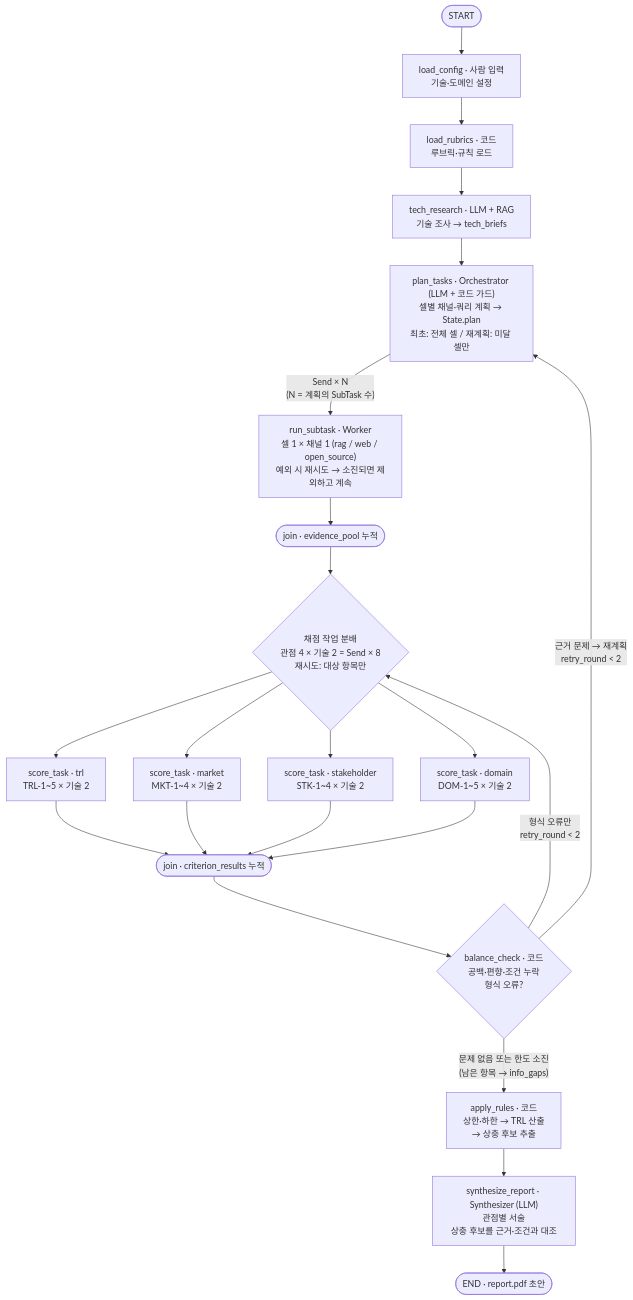
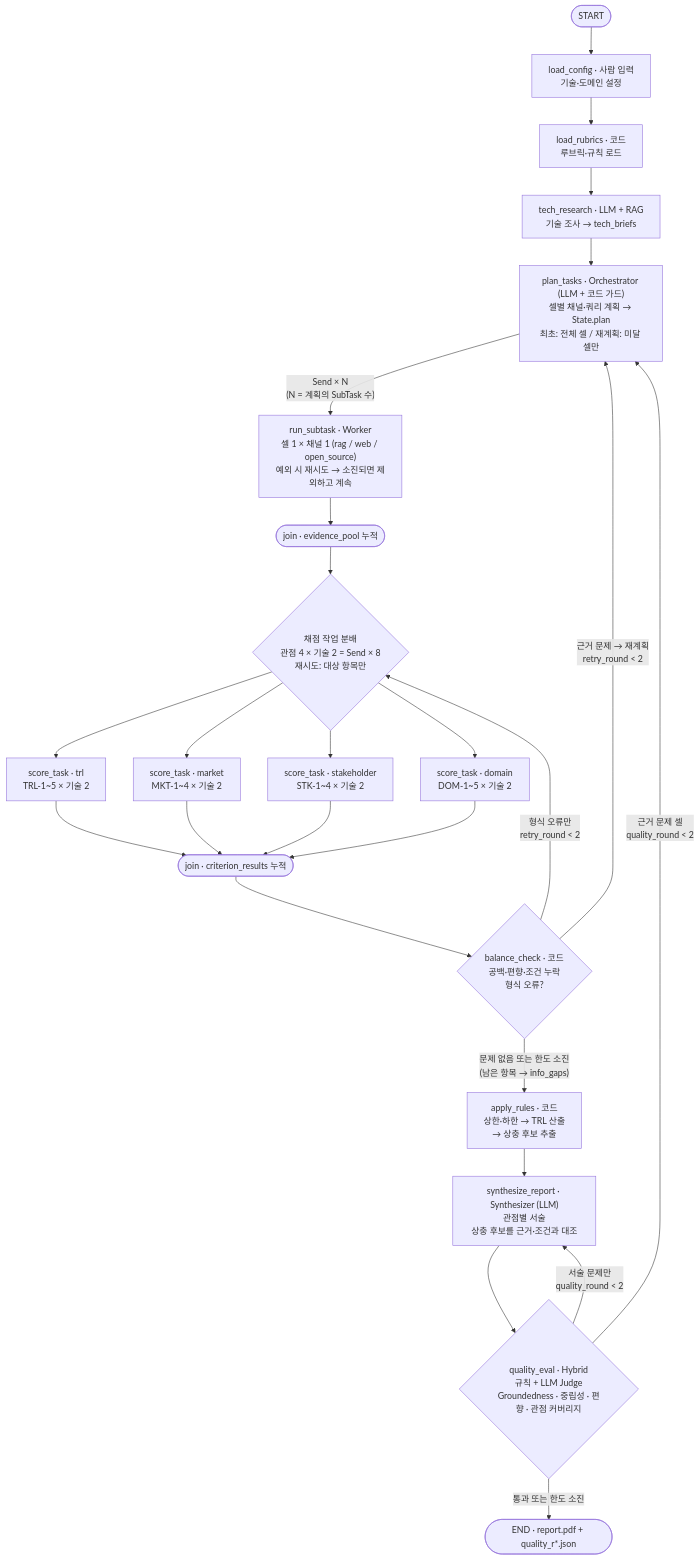
The diagram in docs/main_graph.mmd (seunghye3760-afk/skala-rag-design-course), drawn with Mermaid before and after one commit. The commit also changed 12 other files, not shown here.

First line of the commit message:
feat(quality): 보고서 품질 평가 노드(Hybrid)와 미달 시 루프

```diff
--- a/docs/main_graph.mmd
+++ b/docs/main_graph.mmd
@@ -1,16 +1,19 @@
 flowchart TD
     START([START]) --> CFG["load_config · 사람 입력<br/>기술·도메인 설정"]
     CFG --> RUB["load_rubrics · 코드<br/>루브릭·규칙 로드"]
     RUB --> RES["tech_research · LLM + RAG<br/>기술 조사 → tech_briefs"]
     RES --> DC["plan_tasks · Orchestrator (LLM + 코드 가드)<br/>셀별 채널·쿼리 계획 → State.plan<br/>최초: 전체 셀 / 재계획: 미달 셀만"]
     DC -->|"Send × N<br/>(N = 계획의 SubTask 수)"| COL["run_subtask · Worker<br/>셀 1 × 채널 1 (rag / web / open_source)<br/>예외 시 재시도 → 소진되면 제외하고 계속"]
     COL --> EJ(["join · evidence_pool 누적"])
     EJ --> FAN{"채점 작업 분배<br/>관점 4 × 기술 2 = Send × 8<br/>재시도: 대상 항목만"}
     FAN --> S1["score_task · trl<br/>TRL-1~5 × 기술 2"] & S2["score_task · market<br/>MKT-1~4 × 기술 2"] & S3["score_task · stakeholder<br/>STK-1~4 × 기술 2"] & S4["score_task · domain<br/>DOM-1~5 × 기술 2"]
     S1 & S2 & S3 & S4 --> SJ(["join · criterion_results 누적"])
     SJ --> BAL{"balance_check · 코드<br/>공백·편향·조건 누락<br/>형식 오류?"}
     BAL -->|"근거 문제 → 재계획<br/>retry_round < 2"| DC
     BAL -->|"형식 오류만<br/>retry_round < 2"| FAN
     BAL -->|"문제 없음 또는 한도 소진<br/>(남은 항목 → info_gaps)"| RULE["apply_rules · 코드<br/>상한·하한 → TRL 산출<br/>→ 상충 후보 추출"]
     RULE --> SYN["synthesize_report · Synthesizer (LLM)<br/>관점별 서술<br/>상충 후보를 근거·조건과 대조"]
-    SYN --> END([END · report.pdf 초안])
+    SYN --> QE{"quality_eval · Hybrid<br/>규칙 + LLM Judge<br/>Groundedness · 중립성 · 편향 · 관점 커버리지"}
+    QE -->|"근거 문제 셀<br/>quality_round < 2"| DC
+    QE -->|"서술 문제만<br/>quality_round < 2"| SYN
+    QE -->|"통과 또는 한도 소진"| END([END · report.pdf + quality_r*.json])
```
